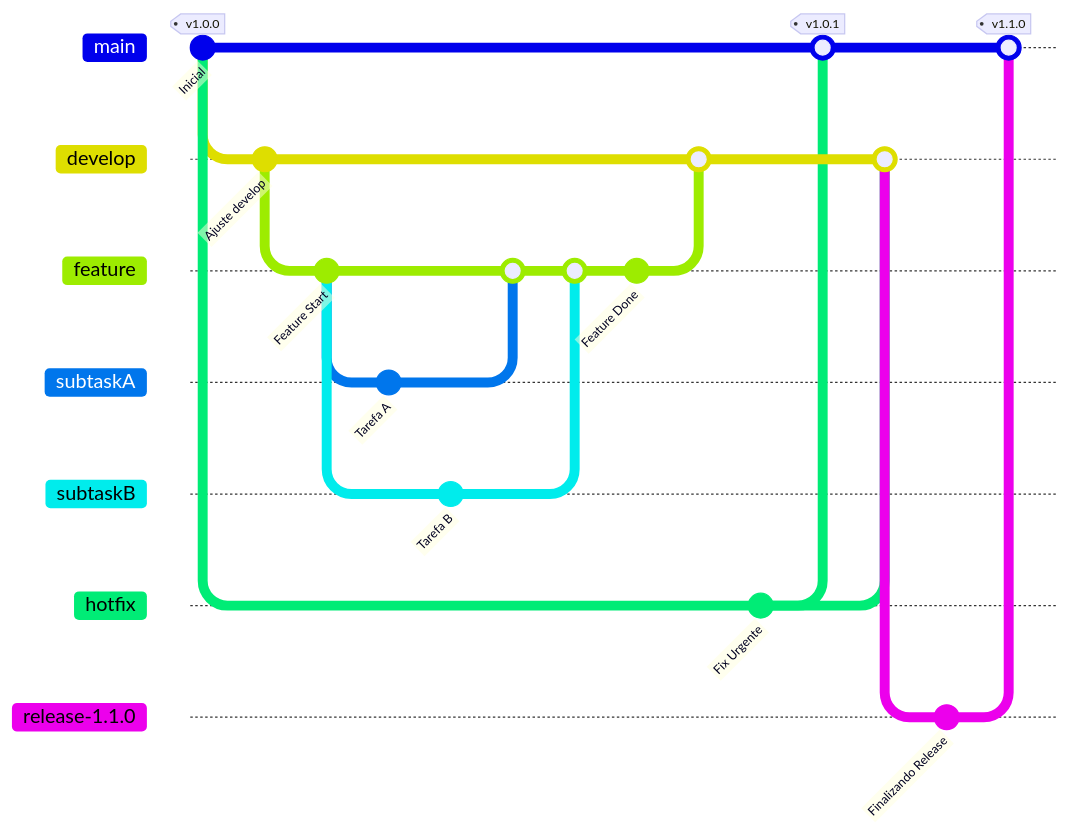
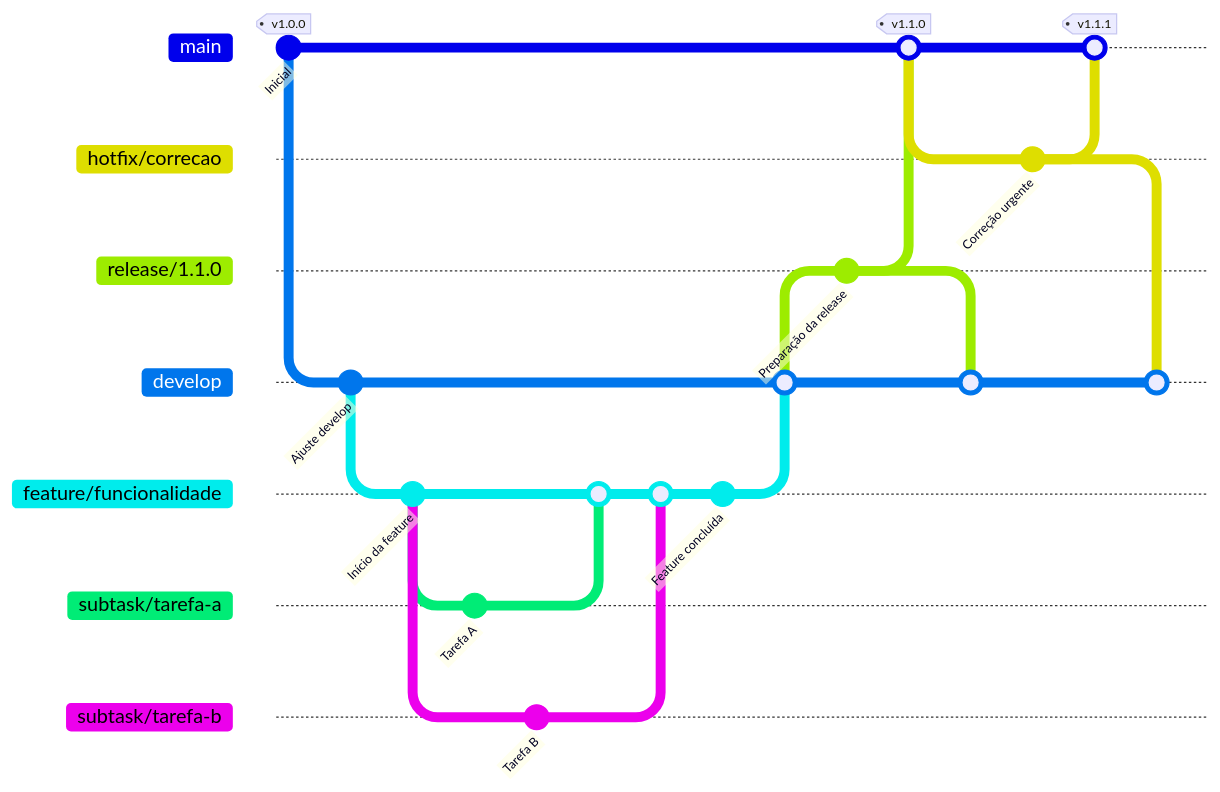
The diagram in docs/devops/modelo-ramificacao.md (NES-Contabilidade-Integrada/doc-coins2026.1), drawn with Mermaid before and after one commit.

Commit message:
docs(devops): reordena branches do gitGraph por hierarquia visual

````diff
--- a/docs/devops/modelo-ramificacao.md
+++ b/docs/devops/modelo-ramificacao.md
@@ -24,56 +24,48 @@
 ```mermaid
 gitGraph
-    %% 1. Estado Inicial
     commit id: "Inicial" tag: "v1.0.0"
 
-    %% 2. Base de desenvolvimento
-    branch develop
+    branch develop order: 3
     checkout develop
     commit id: "Ajuste develop"
 
-    %% 3. Feature com Subtasks A e B
-    branch feature
-    checkout feature
-    commit id: "Feature Start"
+    branch feature/funcionalidade order: 4
+    checkout feature/funcionalidade
+    commit id: "Início da feature"
 
-    branch subtaskA
-    checkout subtaskA
+    branch subtask/tarefa-a order: 5
+    checkout subtask/tarefa-a
     commit id: "Tarefa A"
 
-    checkout feature
-    branch subtaskB
-    checkout subtaskB
+    checkout feature/funcionalidade
+    branch subtask/tarefa-b order: 6
+    checkout subtask/tarefa-b
     commit id: "Tarefa B"
 
-    %% Finalizando Subtasks na Feature
-    checkout feature
-    merge subtaskA
-    merge subtaskB
-    commit id: "Feature Done"
+    checkout feature/funcionalidade
+    merge subtask/tarefa-a
+    merge subtask/tarefa-b
+    commit id: "Feature concluída"
 
-    %% 4. Finalizando a Feature na Develop
     checkout develop
-    merge feature
+    merge feature/funcionalidade
 
-    %% 5. Hotfix (Direto da Main)
+    branch release/1.1.0 order: 2
+    checkout release/1.1.0
+    commit id: "Preparação da release"
+
     checkout main
-    branch hotfix
-    checkout hotfix
-    commit id: "Fix Urgente"
+    merge release/1.1.0 tag: "v1.1.0"
+    checkout develop
+    merge release/1.1.0
 
-    %% 6. Finalizando Hotfix (Main e Develop)
     checkout main
-    merge hotfix tag: "v1.0.1"
+    branch hotfix/correcao order: 1
+    checkout hotfix/correcao
+    commit id: "Correção urgente"
+
+    checkout main
+    merge hotfix/correcao tag: "v1.1.1"
     checkout develop
-    merge hotfix
-
-    %% 7. Release Branch
-    checkout develop
-    branch "release-1.1.0"
-    checkout "release-1.1.0"
-    commit id: "Finalizando Release"
-
-    %% 8. Finalizando Release (Main e Develop)
-    checkout main
-    merge "release-1.1.0" tag: "v1.1.0"
+    merge hotfix/correcao
 ```
````
